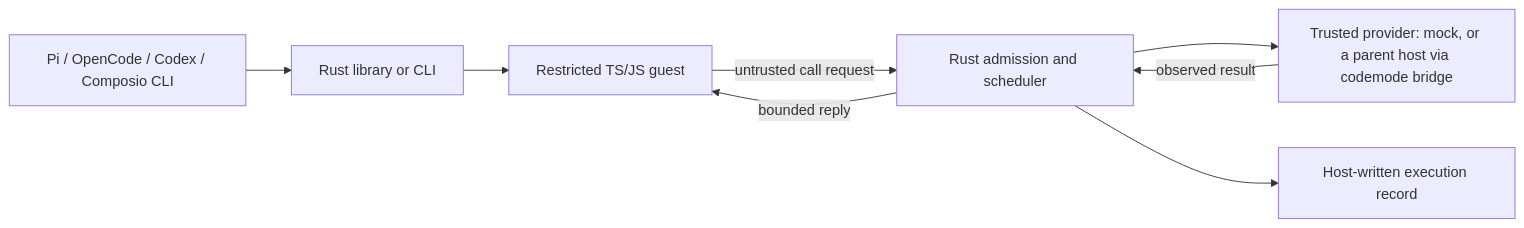
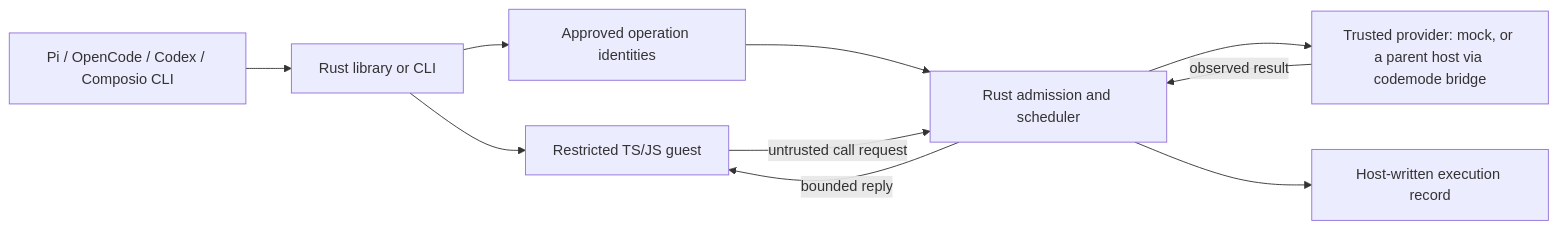
The diagram in docs/design.md (jkomyno/changelist), drawn with Mermaid before and after one commit. The commit also changed other lines of this file and 10 other files, not shown here.

````diff
--- a/docs/design.md
+++ b/docs/design.md
@@ -8,10 +8,12 @@
 ```mermaid
 flowchart LR
     Agent[Pi / OpenCode / Codex / Composio CLI] --> CLI[Rust library or CLI]
     CLI --> Guest[Restricted TS/JS guest]
+    CLI --> Native[Approved operation identities]
+    Native --> Control
     Guest -->|untrusted call request| Control[Rust admission and scheduler]
     Control --> Provider[Trusted provider: mock, or a parent host via codemode bridge]
     Provider -->|observed result| Control
     Control -->|bounded reply| Guest
     Control --> Trace[Host-written execution record]
 ```
````
